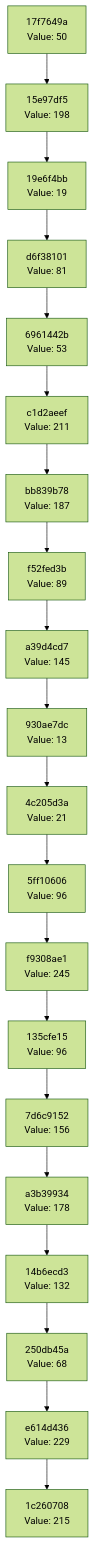
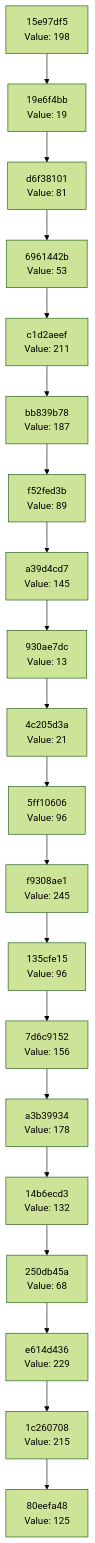
One commit to Abhisheksinha1506/hash-chain-evolver changed the diagram in docs/CHAIN_VISUALIZATION.md. Above: the diagram before and after it, drawn with Mermaid (forest theme). The commit also changed 1 other file, not shown here.

Commit message:
Evolution step: hash 0x7D → action executed

````diff
--- a/docs/CHAIN_VISUALIZATION.md
+++ b/docs/CHAIN_VISUALIZATION.md
@@ -3,42 +3,42 @@
 ```mermaid
 graph TD
-    C0["1c260708<br/>Value: 215"]
-    C1["e614d436<br/>Value: 229"]
+    C0["80eefa48<br/>Value: 125"]
+    C1["1c260708<br/>Value: 215"]
     C1 --> C0
-    C2["250db45a<br/>Value: 68"]
+    C2["e614d436<br/>Value: 229"]
     C2 --> C1
-    C3["14b6ecd3<br/>Value: 132"]
+    C3["250db45a<br/>Value: 68"]
     C3 --> C2
-    C4["a3b39934<br/>Value: 178"]
+    C4["14b6ecd3<br/>Value: 132"]
     C4 --> C3
-    C5["7d6c9152<br/>Value: 156"]
+    C5["a3b39934<br/>Value: 178"]
     C5 --> C4
-    C6["135cfe15<br/>Value: 96"]
+    C6["7d6c9152<br/>Value: 156"]
     C6 --> C5
-    C7["f9308ae1<br/>Value: 245"]
+    C7["135cfe15<br/>Value: 96"]
     C7 --> C6
-    C8["5ff10606<br/>Value: 96"]
+    C8["f9308ae1<br/>Value: 245"]
     C8 --> C7
-    C9["4c205d3a<br/>Value: 21"]
+    C9["5ff10606<br/>Value: 96"]
     C9 --> C8
-    C10["930ae7dc<br/>Value: 13"]
+    C10["4c205d3a<br/>Value: 21"]
     C10 --> C9
-    C11["a39d4cd7<br/>Value: 145"]
+    C11["930ae7dc<br/>Value: 13"]
     C11 --> C10
-    C12["f52fed3b<br/>Value: 89"]
+    C12["a39d4cd7<br/>Value: 145"]
     C12 --> C11
-    C13["bb839b78<br/>Value: 187"]
+    C13["f52fed3b<br/>Value: 89"]
     C13 --> C12
-    C14["c1d2aeef<br/>Value: 211"]
+    C14["bb839b78<br/>Value: 187"]
     C14 --> C13
-    C15["6961442b<br/>Value: 53"]
+    C15["c1d2aeef<br/>Value: 211"]
     C15 --> C14
-    C16["d6f38101<br/>Value: 81"]
+    C16["6961442b<br/>Value: 53"]
     C16 --> C15
-    C17["19e6f4bb<br/>Value: 19"]
+    C17["d6f38101<br/>Value: 81"]
     C17 --> C16
-    C18["15e97df5<br/>Value: 198"]
+    C18["19e6f4bb<br/>Value: 19"]
     C18 --> C17
-    C19["17f7649a<br/>Value: 50"]
+    C19["15e97df5<br/>Value: 198"]
     C19 --> C18
 ```
````
